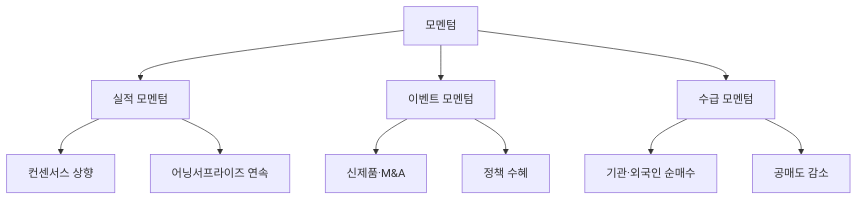
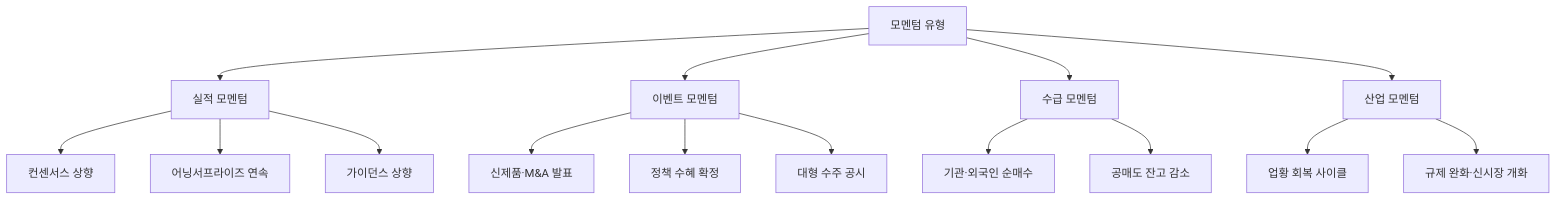
One commit to yeongseon/stock-visual-note changed the diagram in content/stock-terms/ko/level-10-company-analysis/momentum.md. Above: the diagram before and after it, drawn with Mermaid. The commit also changed other lines of this file and 9 other files, not shown here.

Commit message:
content: rewrite level-10 (10 articles) — richer diagrams, realistic scenarios, blog tone

````diff
--- a/content/stock-terms/ko/level-10-company-analysis/momentum.md
+++ b/content/stock-terms/ko/level-10-company-analysis/momentum.md
@@ -42,12 +43,18 @@
 ```mermaid
 graph TD
-    A["모멘텀"] --> B["실적 모멘텀"]
+    A["모멘텀 유형"]
+    A --> B["실적 모멘텀"]
     A --> C["이벤트 모멘텀"]
     A --> D["수급 모멘텀"]
+    A --> E["산업 모멘텀"]
     B --> B1["컨센서스 상향"]
     B --> B2["어닝서프라이즈 연속"]
-    C --> C1["신제품·M&A"]
-    C --> C2["정책 수혜"]
+    B --> B3["가이던스 상향"]
+    C --> C1["신제품·M&A 발표"]
+    C --> C2["정책 수혜 확정"]
+    C --> C3["대형 수주 공시"]
     D --> D1["기관·외국인 순매수"]
-    D --> D2["공매도 감소"]
+    D --> D2["공매도 잔고 감소"]
+    E --> E1["업황 회복 사이클"]
+    E --> E2["규제 완화·신시장 개화"]
 ```
````
